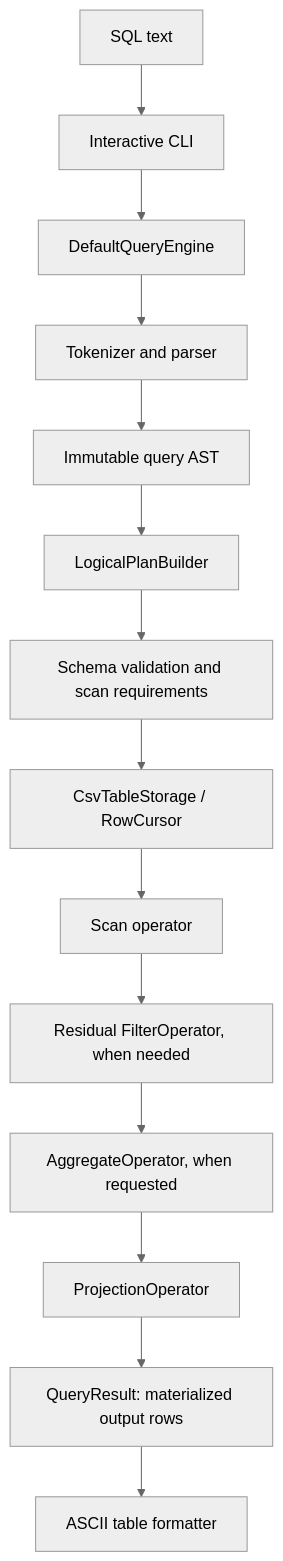
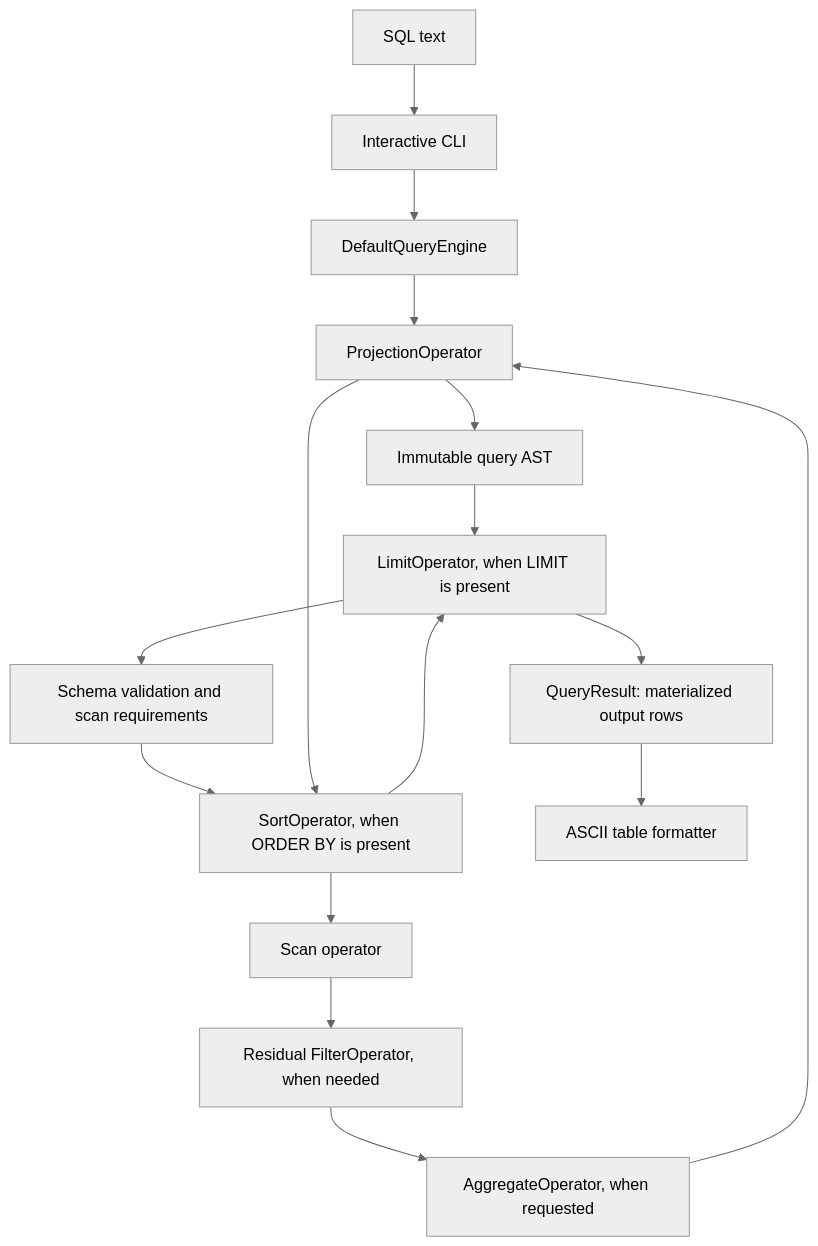
The diagram in README.md (Payal1762005/mini-sql-query-executor), drawn with Mermaid (neutral theme) before and after one commit. The commit also changed other lines of this file and 1 other file, not shown here.

Commit message:
Add ORDER BY and LIMIT integration tests and documentation

````diff
--- a/README.md
+++ b/README.md
@@ -264,16 +299,18 @@
 ```mermaid
 flowchart TD
     U[SQL text] --> CLI[Interactive CLI]
     CLI --> E[DefaultQueryEngine]
     E --> P[Tokenizer and parser]
     P --> A[Immutable query AST]
     A --> L[LogicalPlanBuilder]
     L --> V[Schema validation and scan requirements]
     V --> S[CsvTableStorage / RowCursor]
     S --> O[Scan operator]
     O --> F[Residual FilterOperator, when needed]
     F --> G[AggregateOperator, when requested]
-    G --> R[ProjectionOperator]
-    R --> Q[QueryResult: materialized output rows]
+    G --> P[ProjectionOperator]
+    P --> S[SortOperator, when ORDER BY is present]
+    S --> L[LimitOperator, when LIMIT is present]
+    L --> Q[QueryResult: materialized output rows]
     Q --> T[ASCII table formatter]
 ```
````
